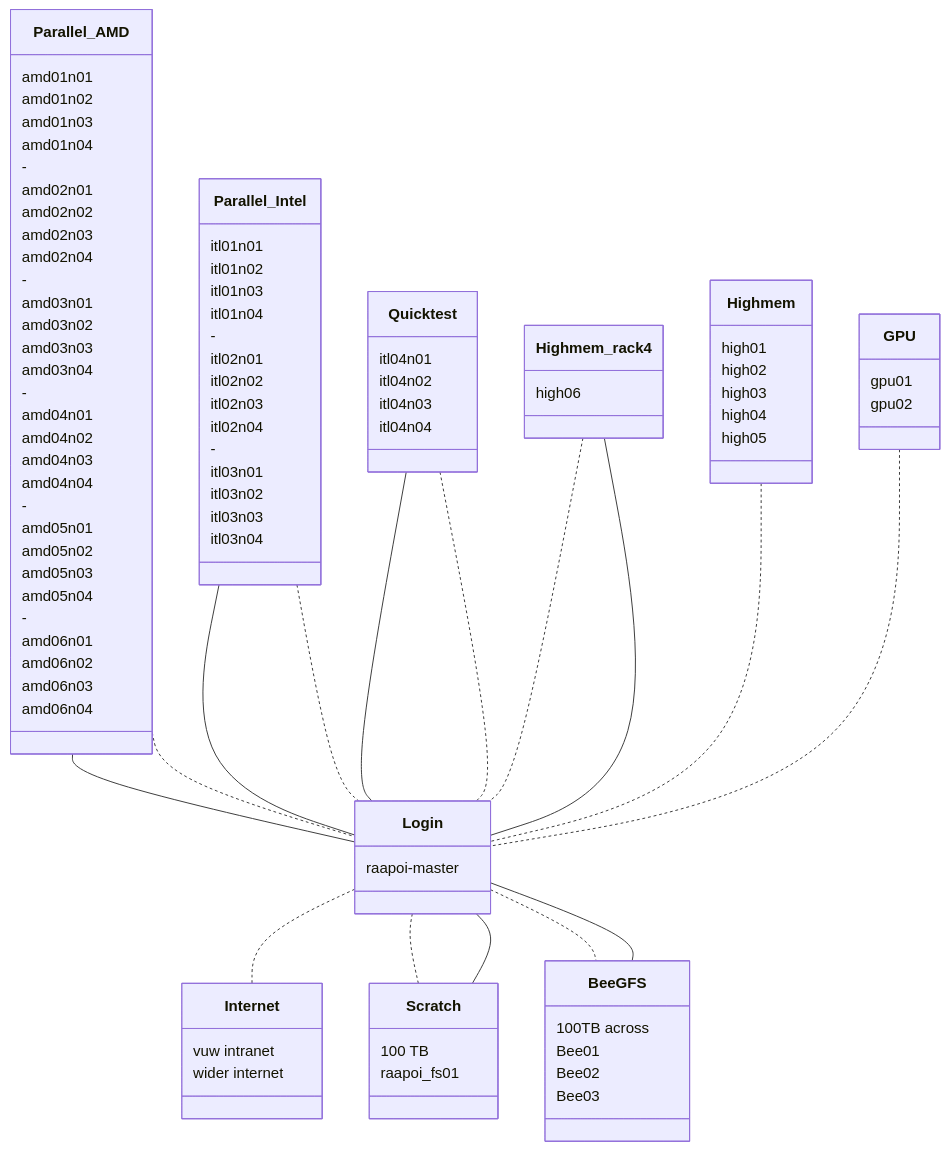
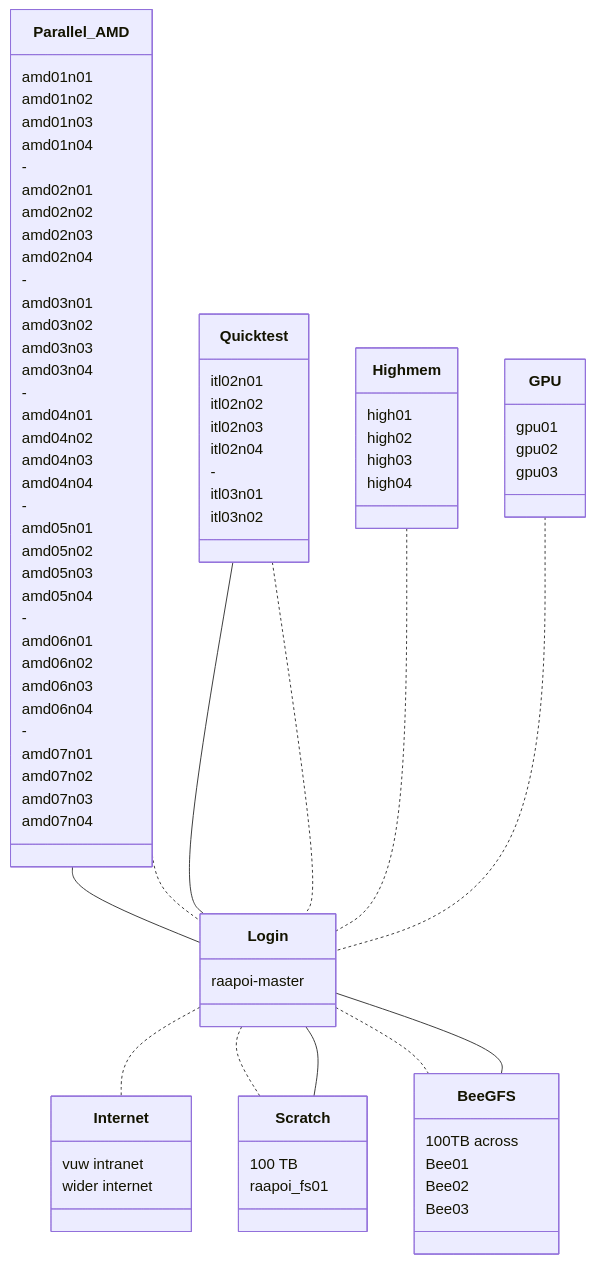
One commit to vuw-research-computing/raapoi-docs changed the first of 3 diagrams in docs/hpclayout.md. Above: the diagram before and after it, drawn with Mermaid. The commit also changed other lines of this file and 1 other file, not shown here.

Commit message:
Updated docs to reflect new nodes and nodes out

````diff
--- a/docs/hpclayout.md
+++ b/docs/hpclayout.md
@@ -56,12 +56,8 @@
 classDiagram
     Parallel_AMD -- Login
     Parallel_AMD .. Login
-    Parallel_Intel -- Login
-    Parallel_Intel .. Login
     Quicktest -- Login
     Quicktest .. Login
-    Highmem_rack4 .. Login
-    Highmem_rack4 -- Login
     Highmem .. Login
     GPU .. Login
     Login .. Internet
@@ -116,13 +112,13 @@
         amd06n02
         amd06n03
         amd06n04
+        -
+        amd07n01
+        amd07n02
+        amd07n03
+        amd07n04
     }
-    class Parallel_Intel{
-        itl01n01
-        itl01n02
-        itl01n03
-        itl01n04
-        -
+    class Quicktest{
         itl02n01
         itl02n02
         itl02n03
@@ -130,27 +126,16 @@
         -
         itl03n01
         itl03n02
-        itl03n03
-        itl03n04
-    }
-    class Quicktest{
-        itl04n01
-        itl04n02
-        itl04n03
-        itl04n04
     }
     class Highmem{
         high01
         high02
         high03
         high04
-        high05
-    }
-    class Highmem_rack4{
-        high06
     }
     class GPU{
         gpu01
-        gpu02  
+        gpu02
+        gpu03  
     }
 ```
````
